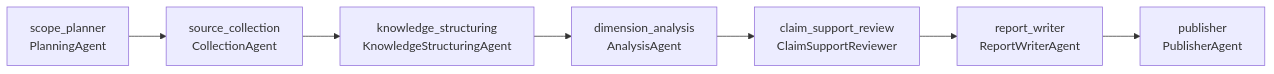
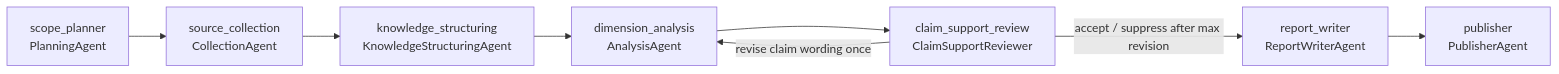
One commit to ying123ww/rivalens changed the second of 2 diagrams in README.md. Above: the diagram before and after it, drawn with Mermaid. The commit also changed other lines of this file and 6 other files, not shown here.

Commit message:
add analysis -> claim_support -> analysis(最多一次 revise) -> claim_support -> writer

````diff
--- a/README.md
+++ b/README.md
@@ -146,9 +146,10 @@
 ```mermaid
 flowchart LR
     A["scope_planner\nPlanningAgent"] --> B["source_collection\nCollectionAgent"]
     B --> C["knowledge_structuring\nKnowledgeStructuringAgent"]
     C --> D["dimension_analysis\nAnalysisAgent"]
     D --> G["claim_support_review\nClaimSupportReviewer"]
-    G --> E["report_writer\nReportWriterAgent"]
+    G -->|"accept / suppress after max revision"| E["report_writer\nReportWriterAgent"]
+    G -->|"revise claim wording once"| D
     E --> F["publisher\nPublisherAgent"]
 ```
````
